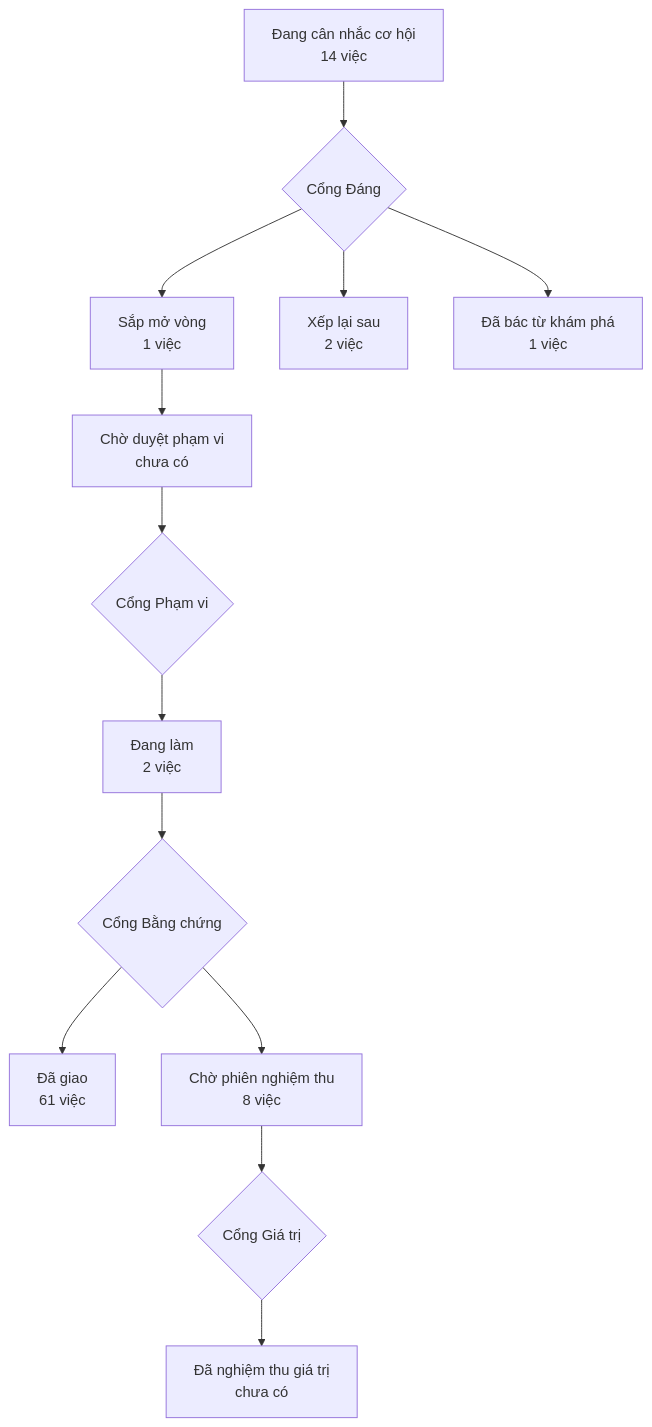
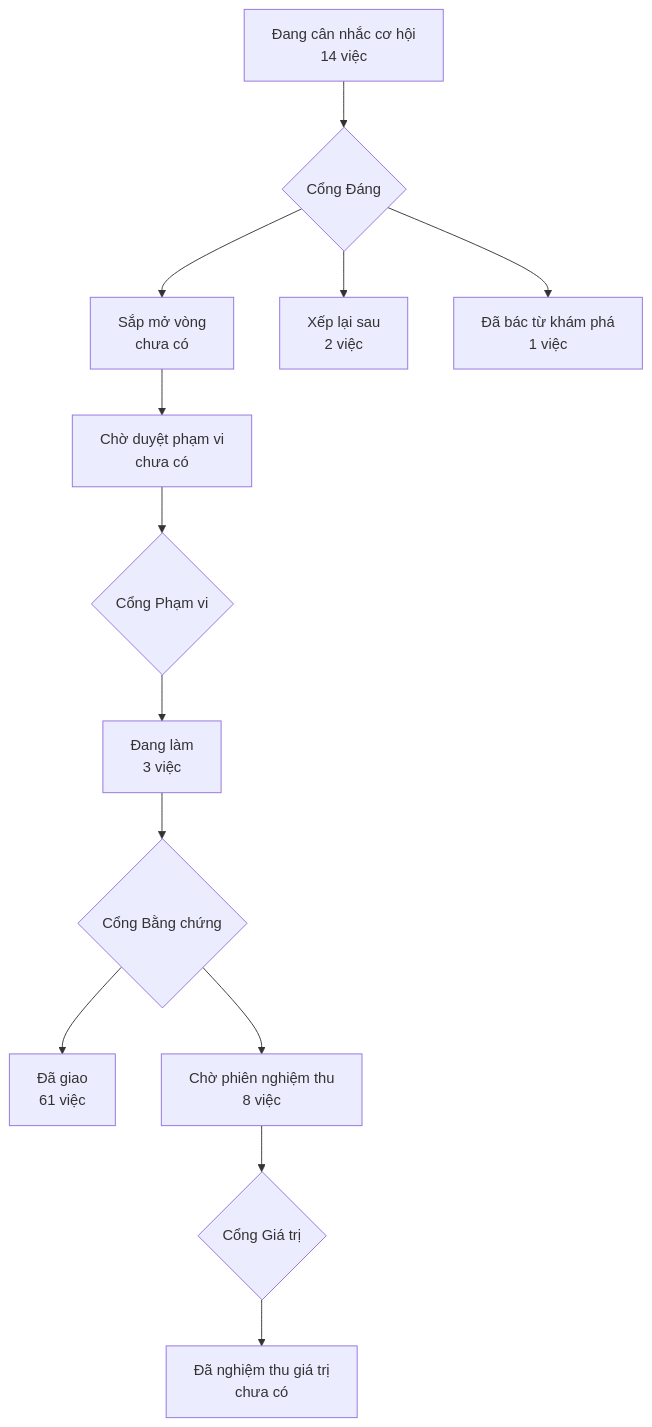
The diagram in PRODUCT-MAP.md (phanlemanh/acceptance-gate-kit), drawn with Mermaid before and after one commit. The commit also changed other lines of this file and 15 other files, not shown here.

````diff
--- a/PRODUCT-MAP.md
+++ b/PRODUCT-MAP.md
@@ -6,12 +6,12 @@
 ```mermaid
 flowchart TD
   A["Đang cân nhắc cơ hội<br/>14 việc"] --> GD{"Cổng Đáng"}
-  GD --> B["Sắp mở vòng<br/>1 việc"]
+  GD --> B["Sắp mở vòng<br/>chưa có"]
   GD --> XL["Xếp lại sau<br/>2 việc"]
   GD --> DB["Đã bác từ khám phá<br/>1 việc"]
   B --> CD["Chờ duyệt phạm vi<br/>chưa có"] --> GP{"Cổng Phạm vi"}
-  GP --> DL["Đang làm<br/>2 việc"] --> GB{"Cổng Bằng chứng"}
+  GP --> DL["Đang làm<br/>3 việc"] --> GB{"Cổng Bằng chứng"}
   GB --> DG["Đã giao<br/>61 việc"]
   GB --> CN["Chờ phiên nghiệm thu<br/>8 việc"] --> GG{"Cổng Giá trị"}
   GG --> NT["Đã nghiệm thu giá trị<br/>chưa có"]
 ```
````
